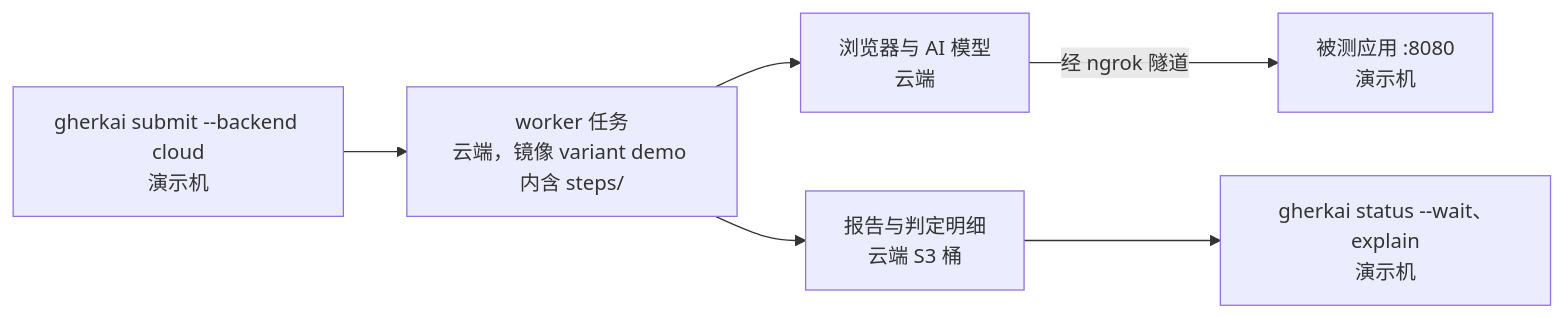
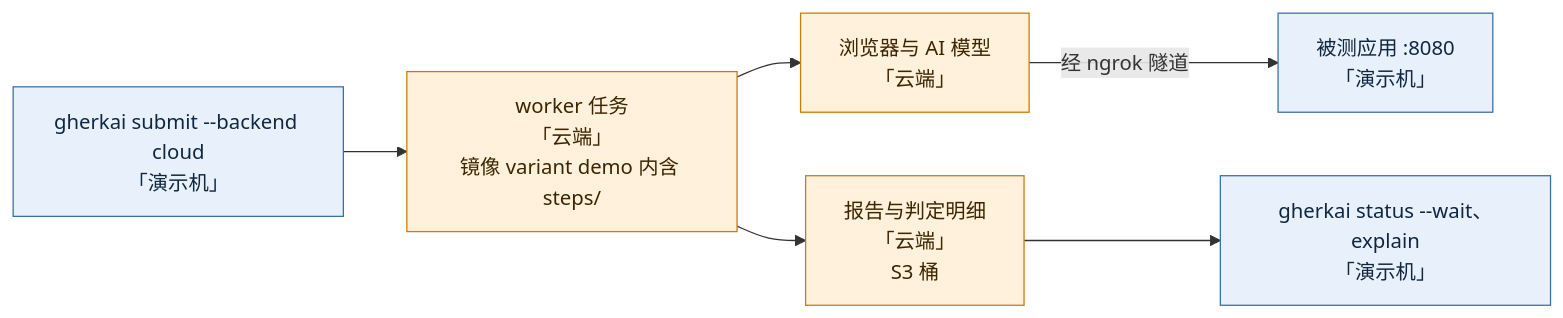
One commit to zhiyanliu/gherkai-webapp-demo changed the third of 3 diagrams in docs/demo-runbook.md. Above: the diagram before and after it, drawn with Mermaid. The commit also changed other lines of this file, not shown here.

Commit message:
runbook 环境图：位置统一为节点第二行的「演示机」/「云端」标签，并按位置着色（蓝 / 橙）

````diff
--- a/docs/demo-runbook.md
+++ b/docs/demo-runbook.md
@@ -76,5 +80,9 @@
 ```mermaid
 flowchart LR
-    CLI["gherkai submit --backend cloud<br/>演示机"] --> WK["worker 任务<br/>云端，镜像 variant demo 内含 steps/"] --> BR["浏览器与 AI 模型<br/>云端"] -- "经 ngrok 隧道" --> APP["被测应用 :8080<br/>演示机"]
-    WK --> S3["报告与判定明细<br/>云端 S3 桶"] --> RD["gherkai status --wait、explain<br/>演示机"]
+    CLI["gherkai submit --backend cloud<br/>「演示机」"] --> WK["worker 任务<br/>「云端」<br/>镜像 variant demo 内含 steps/"] --> BR["浏览器与 AI 模型<br/>「云端」"] -- "经 ngrok 隧道" --> APP["被测应用 :8080<br/>「演示机」"]
+    WK --> S3["报告与判定明细<br/>「云端」<br/>S3 桶"] --> RD["gherkai status --wait、explain<br/>「演示机」"]
+    classDef local fill:#e8f1fb,stroke:#3b6ea5,color:#0f2740
+    classDef cloud fill:#fff1dc,stroke:#c77d00,color:#3d2600
+    class CLI,APP,RD local
+    class WK,BR,S3 cloud
 ```
````
